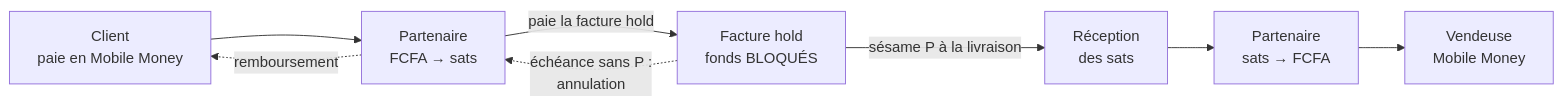
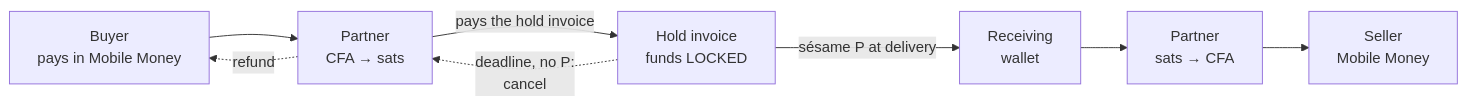
One commit to houezo-juste-second/sesame changed the third of 3 diagrams in docs/ARCHITECTURE.md. Above: the diagram before and after it, drawn with Mermaid. The commit also changed other lines of this file and 5 other files, not shown here.

First line of the commit message:
Docs in English for the hackathon: README, architecture, security and Devpost submission

````diff
--- a/docs/ARCHITECTURE.md
+++ b/docs/ARCHITECTURE.md
@@ -80,9 +83,9 @@
 ```mermaid
 flowchart LR
-  C["Client<br/>paie en Mobile Money"] --> P["Partenaire<br/>FCFA → sats"]
-  P -- "paie la facture hold" --> H["Facture hold<br/>fonds BLOQUÉS"]
-  H -- "sésame P à la livraison" --> R["Réception<br/>des sats"]
-  R --> P2["Partenaire<br/>sats → FCFA"] --> V["Vendeuse<br/>Mobile Money"]
-  H -. "échéance sans P :<br/>annulation" .-> P
-  P -. "remboursement" .-> C
+  C["Buyer<br/>pays in Mobile Money"] --> P["Partner<br/>CFA → sats"]
+  P -- "pays the hold invoice" --> H["Hold invoice<br/>funds LOCKED"]
+  H -- "sésame P at delivery" --> R["Receiving<br/>wallet"]
+  R --> P2["Partner<br/>sats → CFA"] --> V["Seller<br/>Mobile Money"]
+  H -. "deadline, no P:<br/>cancel" .-> P
+  P -. "refund" .-> C
 ```
````
